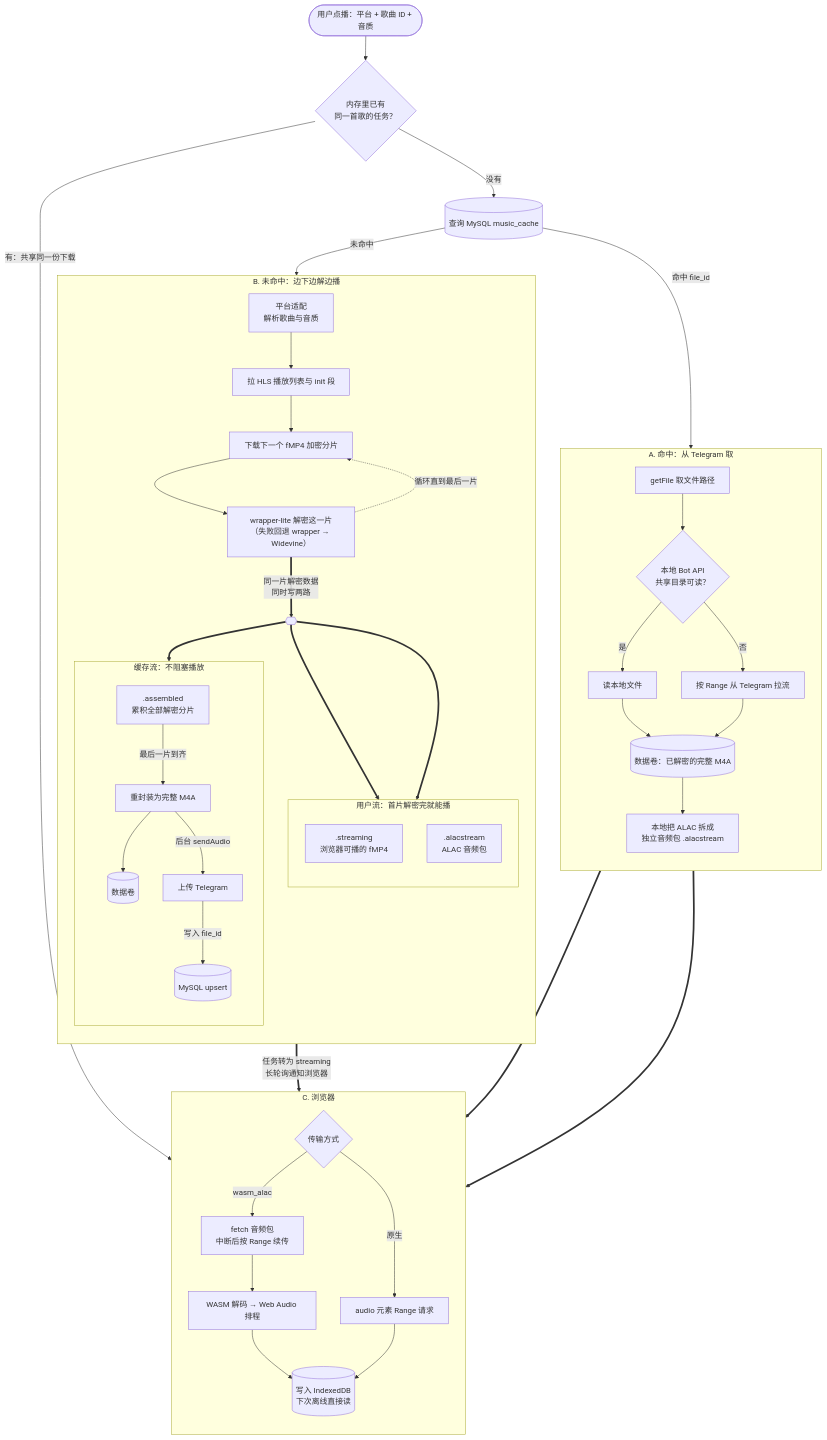
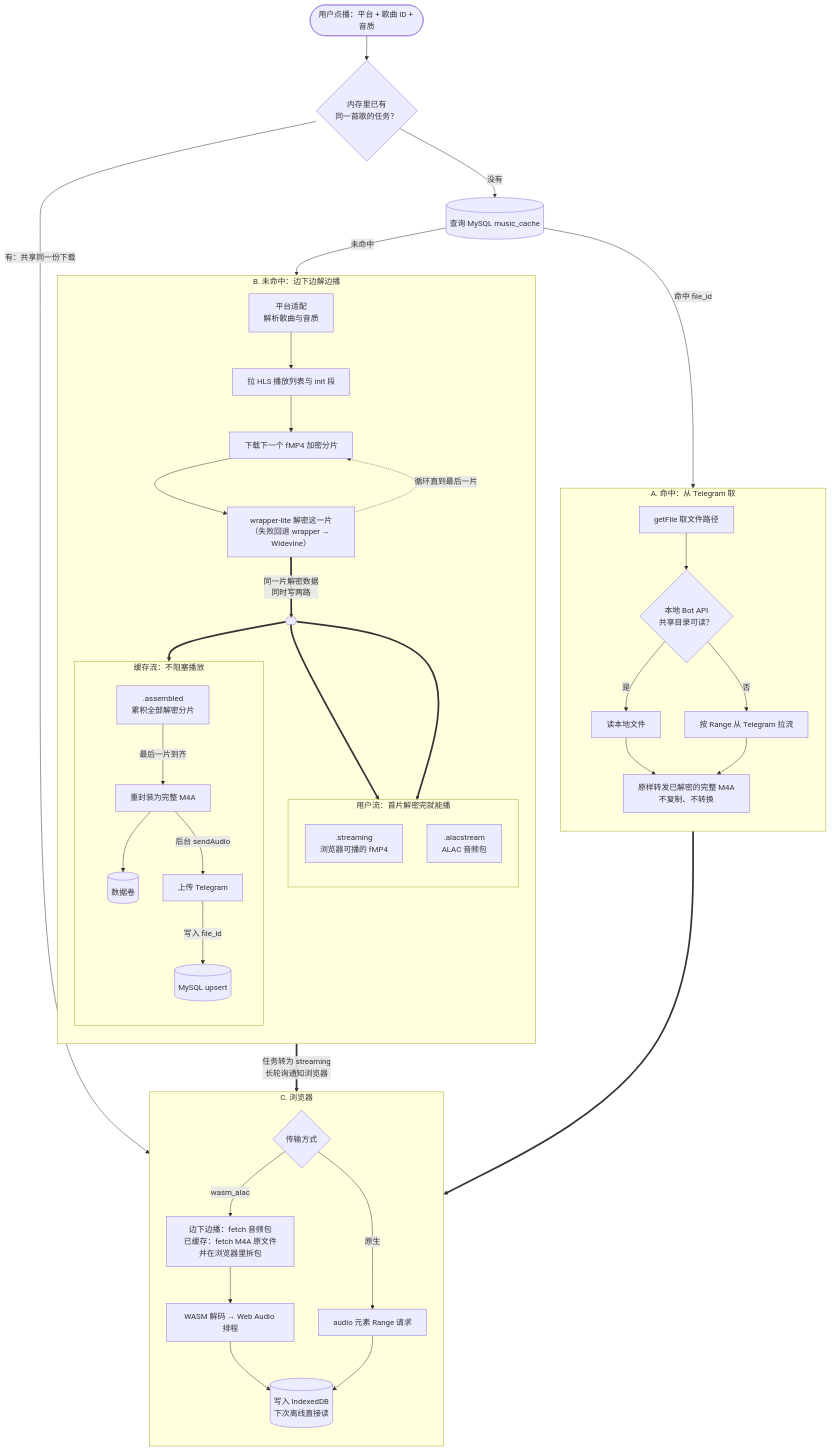
One commit to jizizr/mhub changed the second of 2 diagrams in README.md. Above: the diagram before and after it, drawn with Mermaid. The commit also changed other lines of this file and 18 other files, not shown here.

````diff
--- a/README.md
+++ b/README.md
@@ -85,55 +85,54 @@
 ```mermaid
 flowchart TD
   PLAY(["用户点播：平台 + 歌曲 ID + 音质"]) --> T1{"内存里已有<br/>同一首歌的任务？"}
   T1 -->|"有：共享同一份下载"| OUT
   T1 -->|没有| Q[("查询 MySQL music_cache")]
   Q -->|"命中 file_id"| HIT
   Q -->|未命中| MISS
 
   subgraph HIT["A. 命中：从 Telegram 取"]
     direction TB
     H1["getFile 取文件路径"] --> H2{"本地 Bot API<br/>共享目录可读？"}
     H2 -->|是| H3["读本地文件"]
     H2 -->|否| H4["按 Range 从 Telegram 拉流"]
-    H3 & H4 --> H5[("数据卷：已解密的完整 M4A")]
-    H5 --> H6["本地把 ALAC 拆成<br/>独立音频包 .alacstream"]
+    H3 & H4 --> H5["原样转发已解密的完整 M4A<br/>不复制、不转换"]
   end
 
   subgraph MISS["B. 未命中：边下边解边播"]
     direction TB
     M1["平台适配<br/>解析歌曲与音质"] --> M2["拉 HLS 播放列表与 init 段"]
     M2 --> M3["下载下一个 fMP4 加密分片"]
     M3 --> M4["wrapper-lite 解密这一片<br/>（失败回退 wrapper → Widevine）"]
     M4 -.->|"循环直到最后一片"| M3
     M4 ==>|"同一片解密数据<br/>同时写两路"| FORK{{" "}}
 
     subgraph USER["用户流：首片解密完就能播"]
       direction TB
       U1[".streaming<br/>浏览器可播的 fMP4"]
       U2[".alacstream<br/>ALAC 音频包"]
     end
 
     subgraph CACHE["缓存流：不阻塞播放"]
       direction TB
       C1[".assembled<br/>累积全部解密分片"] -->|"最后一片到齐"| C2["重封装为完整 M4A"]
       C2 --> C3[("数据卷")]
       C2 -->|"后台 sendAudio"| C4["上传 Telegram"]
       C4 -->|"写入 file_id"| C5[("MySQL upsert")]
     end
 
     FORK ==> U1 & U2
     FORK ==> C1
   end
 
   USER ==>|"任务转为 streaming<br/>长轮询通知浏览器"| OUT
-  H5 & H6 ==> OUT
+  H5 ==> OUT
 
   subgraph OUT["C. 浏览器"]
     direction TB
     O1{"传输方式"}
-    O1 -->|"wasm_alac"| O2["fetch 音频包<br/>中断后按 Range 续传"]
+    O1 -->|"wasm_alac"| O2["边下边播：fetch 音频包<br/>已缓存：fetch M4A 原文件并在浏览器里拆包"]
     O2 --> O3["WASM 解码 → Web Audio 排程"]
     O1 -->|"原生"| O4["audio 元素 Range 请求"]
     O3 & O4 --> O5[("写入 IndexedDB<br/>下次离线直接读")]
   end
 ```
````
